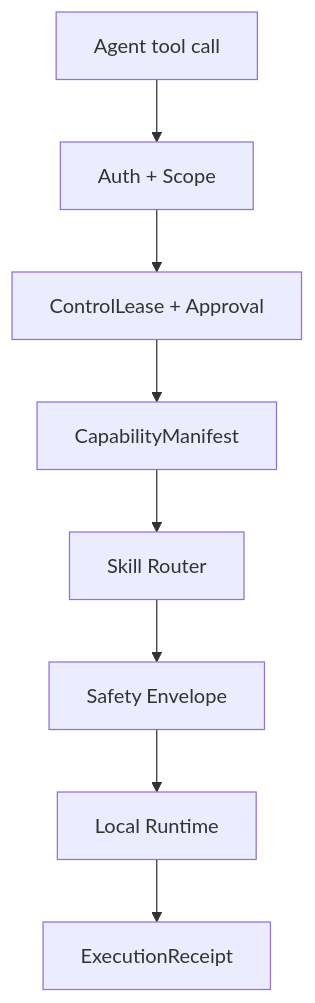
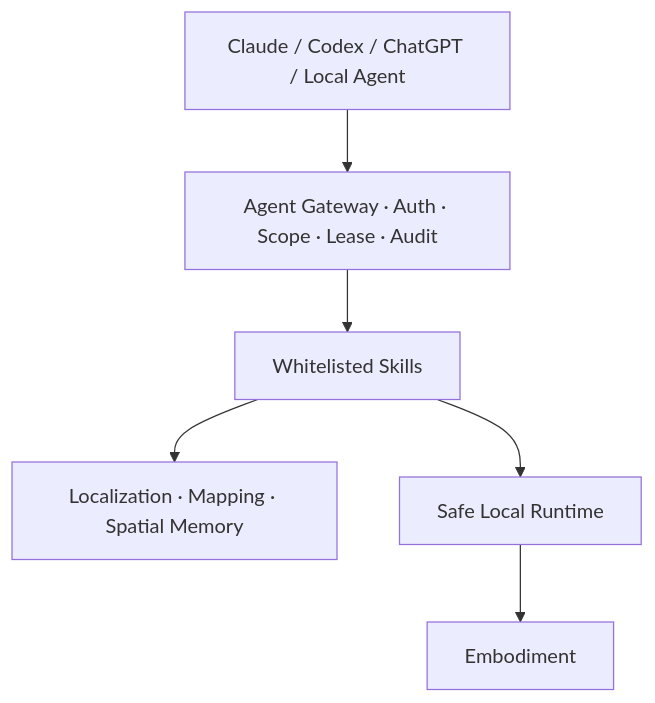
The fourth of 4 diagrams in docs/ARCHITECTURE.md (carpentry-liu/mini-duck-lite), drawn with Mermaid before and after one commit. The commit also changed other lines of this file and 33 other files, not shown here.

````diff
--- a/docs/ARCHITECTURE.md
+++ b/docs/ARCHITECTURE.md
@@ -90,10 +62,12 @@
 ```mermaid
 flowchart TB
-  CALL[Agent tool call] --> AUTH[Auth + Scope]
-  AUTH --> LEASE[ControlLease + Approval]
-  LEASE --> CAP[CapabilityManifest]
-  CAP --> ROUTER[Skill Router]
-  ROUTER --> ENVELOPE[Safety Envelope]
-  ENVELOPE --> LOCAL[Local Runtime]
-  LOCAL --> RECEIPT[ExecutionReceipt]
+  EXT[Claude / Codex / ChatGPT / Local Agent]
+  GW[Agent Gateway · Auth · Scope · Lease · Audit]
+  SKILL[Whitelisted Skills]
+  SPATIAL[Localization · Mapping · Spatial Memory]
+  RT[Safe Local Runtime]
+  BODY[Embodiment]
+  EXT --> GW --> SKILL
+  SKILL --> SPATIAL
+  SKILL --> RT --> BODY
 ```
````
